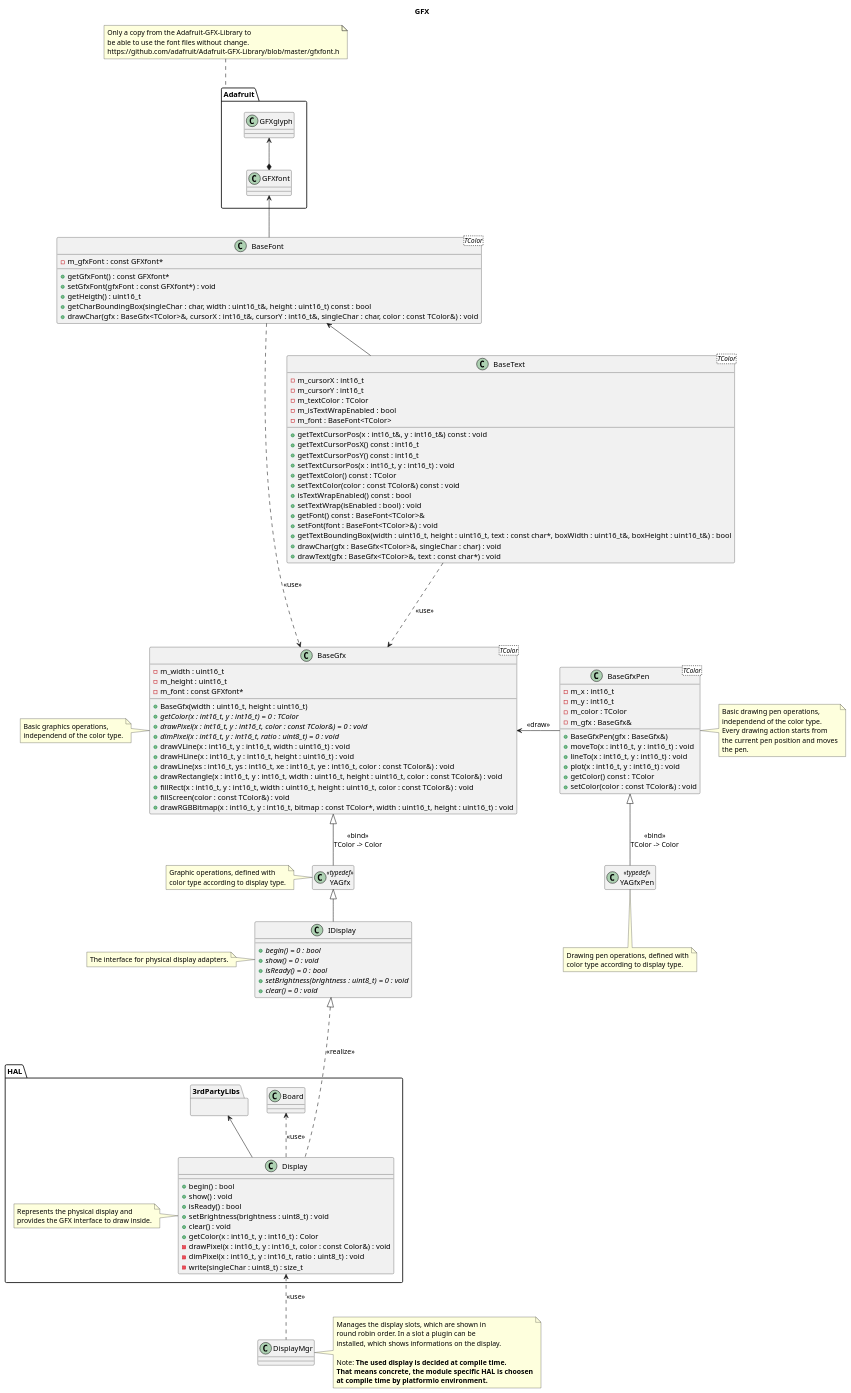
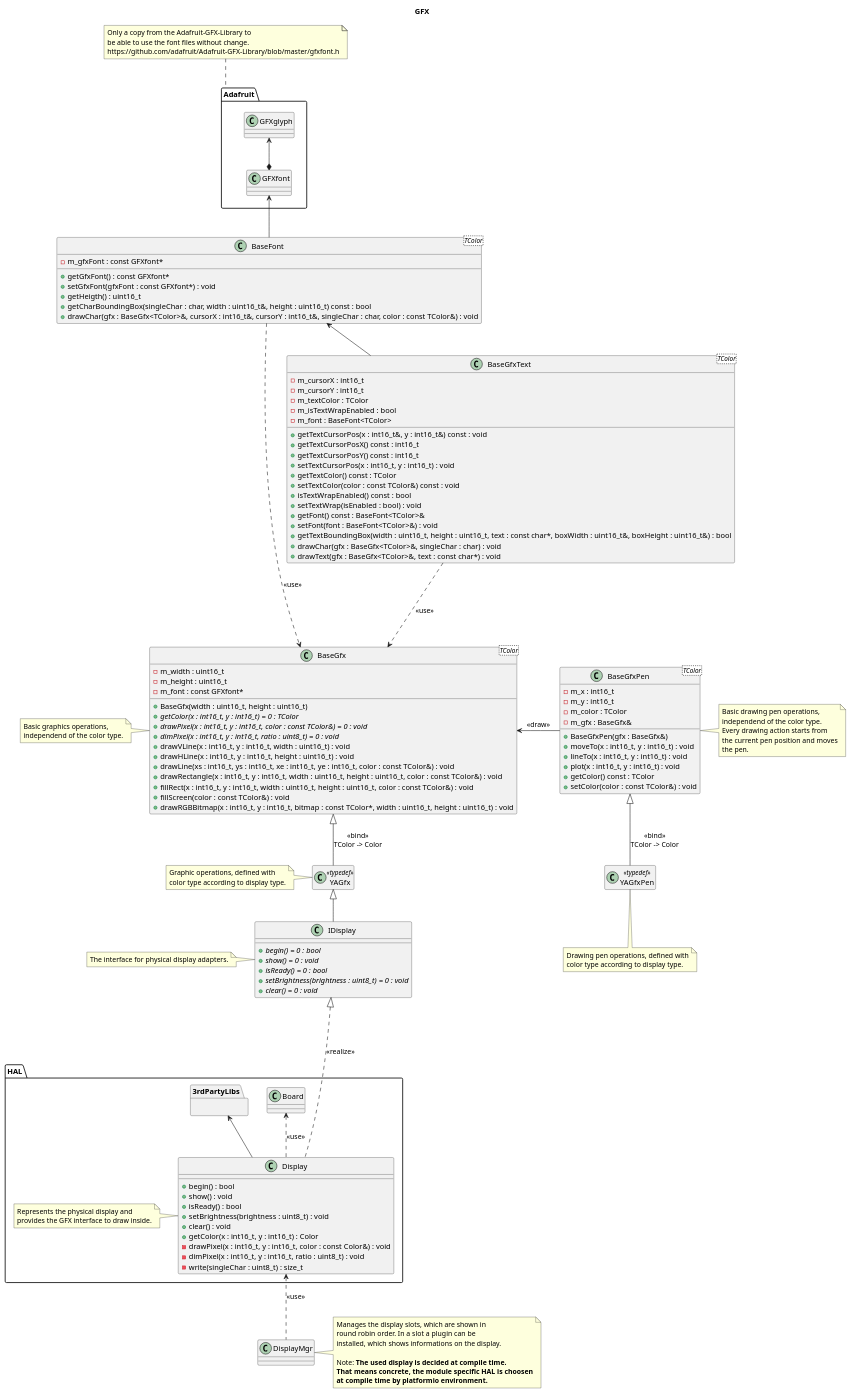
One commit to BlueAndi/Pixelix changed the diagram in doc/design/gfx.plantuml. Above: the diagram before and after it, drawn with PlantUML. The commit also changed 5 other files, not shown here.

Commit message:
BaseText renamed to BaseGfxText and YAText renamed to YAGfxText.

```diff
--- a/doc/design/gfx.plantuml
+++ b/doc/design/gfx.plantuml
@@ -1,177 +1,177 @@
 @startuml
 
 title GFX
 
 package "Adafruit" {
 
     class "GFXglyph" as gfxGlyph
     class "GFXfont" as gfxFont
 
     gfxGlyph <--* gfxFont
 }
 
 note top of Adafruit
     Only a copy from the Adafruit-GFX-Library to
     be able to use the font files without change.
     https://github.com/adafruit/Adafruit-GFX-Library/blob/master/gfxfont.h
 end note
 
 class "BaseGfx<TColor>" as baseGfx {
     - m_width : uint16_t
     - m_height : uint16_t
     - m_font : const GFXfont*
     + BaseGfx(width : uint16_t, height : uint16_t)
     + {abstract} getColor(x : int16_t, y : int16_t) = 0 : TColor
     + {abstract} drawPixel(x : int16_t, y : int16_t, color : const TColor&) = 0 : void
     + {abstract} dimPixel(x : int16_t, y : int16_t, ratio : uint8_t) = 0 : void
     + drawVLine(x : int16_t, y : int16_t, width : uint16_t) : void
     + drawHLine(x : int16_t, y : int16_t, height : uint16_t) : void
     + drawLine(xs : int16_t, ys : int16_t, xe : int16_t, ye : int16_t, color : const TColor&) : void
     + drawRectangle(x : int16_t, y : int16_t, width : uint16_t, height : uint16_t, color : const TColor&) : void
     + fillRect(x : int16_t, y : int16_t, width : uint16_t, height : uint16_t, color : const TColor&) : void
     + fillScreen(color : const TColor&) : void
     + drawRGBBitmap(x : int16_t, y : int16_t, bitmap : const TColor*, width : uint16_t, height : uint16_t) : void
 }
 
 note left of baseGfx
     Basic graphics operations,
     independend of the color type.
 end note
 
 class "BaseFont<TColor>" as baseFont {
     - m_gfxFont : const GFXfont*
     + getGfxFont() : const GFXfont*
     + setGfxFont(gfxFont : const GFXfont*) : void
     + getHeigth() : uint16_t
     + getCharBoundingBox(singleChar : char, width : uint16_t&, height : uint16_t) const : bool
     + drawChar(gfx : BaseGfx<TColor>&, cursorX : int16_t&, cursorY : int16_t&, singleChar : char, color : const TColor&) : void
 }
 
-class "BaseText<TColor>" as baseText {
+class "BaseGfxText<TColor>" as baseGfxText {
     - m_cursorX : int16_t
     - m_cursorY : int16_t
     - m_textColor : TColor
     - m_isTextWrapEnabled : bool
     - m_font : BaseFont<TColor>
     + getTextCursorPos(x : int16_t&, y : int16_t&) const : void
     + getTextCursorPosX() const : int16_t
     + getTextCursorPosY() const : int16_t
     + setTextCursorPos(x : int16_t, y : int16_t) : void
     + getTextColor() const : TColor
     + setTextColor(color : const TColor&) const : void
     + isTextWrapEnabled() const : bool
     + setTextWrap(isEnabled : bool) : void
     + getFont() const : BaseFont<TColor>&
     + setFont(font : BaseFont<TColor>&) : void
     + getTextBoundingBox(width : uint16_t, height : uint16_t, text : const char*, boxWidth : uint16_t&, boxHeight : uint16_t&) : bool
     + drawChar(gfx : BaseGfx<TColor>&, singleChar : char) : void
     + drawText(gfx : BaseGfx<TColor>&, text : const char*) : void
 }
 
 gfxFont <-- baseFont
-baseFont <-- baseText
+baseFont <-- baseGfxText
 
 baseFont ..> baseGfx: <<use>>
-baseText ...> baseGfx: <<use>>
+baseGfxText ...> baseGfx: <<use>>
 
 class "BaseGfxPen<TColor>" as baseGfxPen {
     - m_x : int16_t
     - m_y : int16_t
     - m_color : TColor
     - m_gfx : BaseGfx&
     + BaseGfxPen(gfx : BaseGfx&)
     + moveTo(x : int16_t, y : int16_t) : void
     + lineTo(x : int16_t, y : int16_t) : void
     + plot(x : int16_t, y : int16_t) : void
     + getColor() const : TColor
     + setColor(color : const TColor&) : void
 }
 
 note right of baseGfxPen
     Basic drawing pen operations,
     independend of the color type.
     Every drawing action starts from
     the current pen position and moves
     the pen.
 end note
 
 baseGfx <- baseGfxPen: <<draw>>
 
 class YAGfx <<typedef>>
 hide YAGfx members
 
 note left of YAGfx
     Graphic operations, defined with
     color type according to display type.
 end note
 
 baseGfx <|-- YAGfx: <<bind>>\nTColor -> Color
 
 class YAGfxPen <<typedef>>
 hide YAGfxPen members
 
 note bottom of YAGfxPen
     Drawing pen operations, defined with
     color type according to display type.
 end note
 
 baseGfxPen <|-- YAGfxPen: <<bind>>\nTColor -> Color
 
 class "IDisplay" as iDisplay {
     + {abstract} begin() = 0 : bool
     + {abstract} show() = 0 : void
     + {abstract} isReady() = 0 : bool
     + {abstract} setBrightness(brightness : uint8_t) = 0 : void
     + {abstract} clear() = 0 : void
 }
 
 note left of iDisplay
     The interface for physical display adapters.
 end note
 
 YAGfx <|-- iDisplay
 
 package "HAL" {
 
     class "Board" as board
 
     package "3rdPartyLibs" as 3rdPartyLibs {
     }
 
     class "Display" as display {
         + begin() : bool
         + show() : void
         + isReady() : bool
         + setBrightness(brightness : uint8_t) : void
         + clear() : void
         + getColor(x : int16_t, y : int16_t) : Color
         - drawPixel(x : int16_t, y : int16_t, color : const Color&) : void
         - dimPixel(x : int16_t, y : int16_t, ratio : uint8_t) : void
         - write(singleChar : uint8_t) : size_t
     }
 
     note left of display
         Represents the physical display and
         provides the GFX interface to draw inside.
     end note
 
     iDisplay <|.... display: <<realize>>
     3rdPartyLibs <-- display
     board <.. display: <<use>>
 }
 
 class "DisplayMgr" as displayMgr
 
 note right of displayMgr
     Manages the display slots, which are shown in
     round robin order. In a slot a plugin can be
     installed, which shows informations on the display.
 
     Note: **The used display is decided at compile time.**
     **That means concrete, the module specific HAL is choosen**
     **at compile time by platformio environment.**
 end note
 
 display <.. displayMgr: <<use>>
 
 @enduml
```
